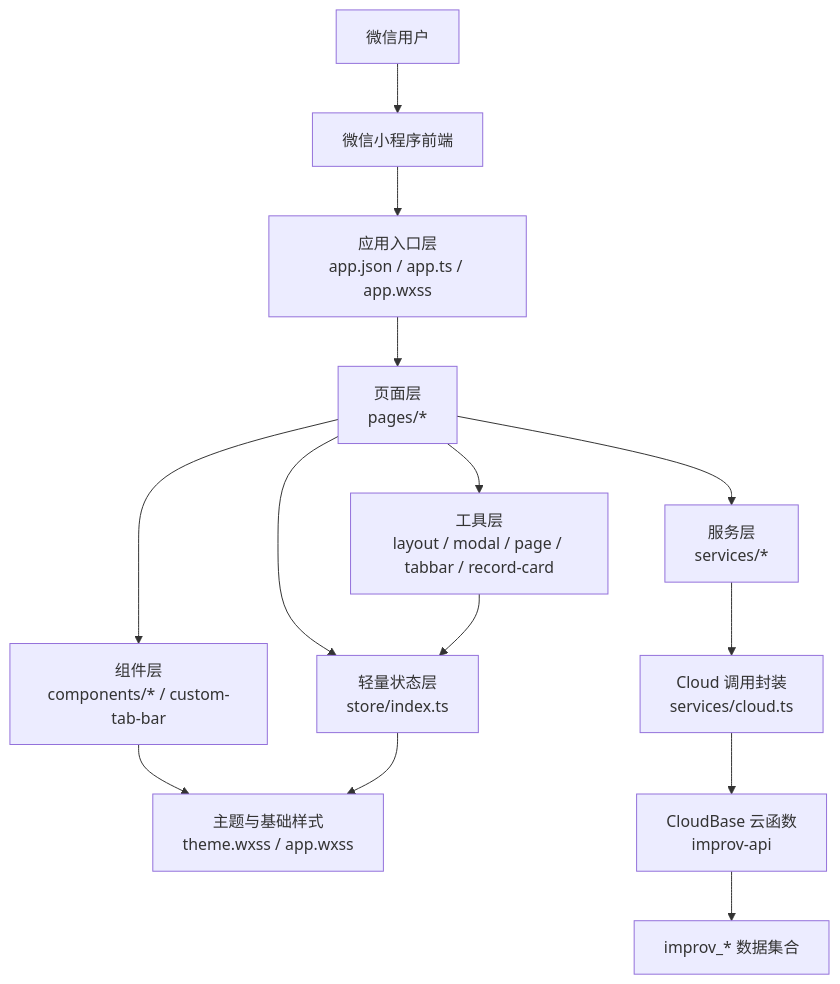
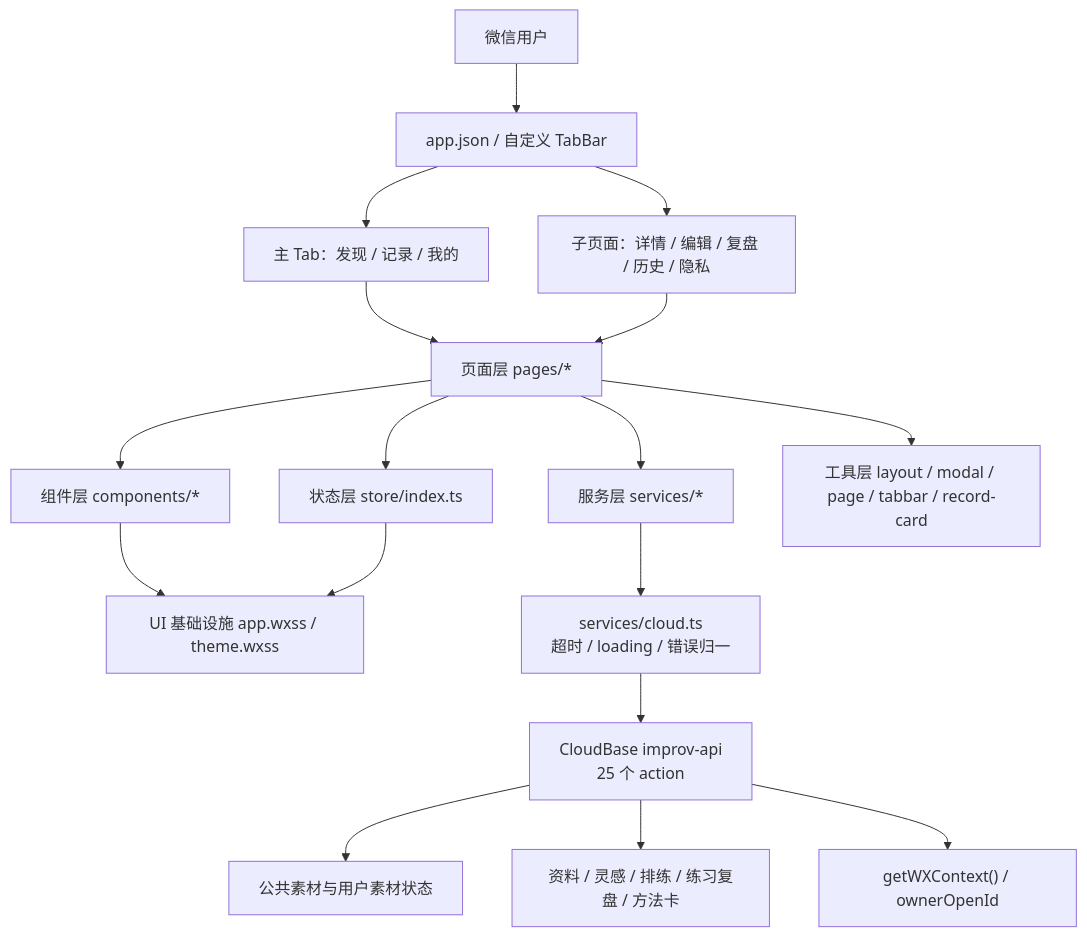
One commit to aishuohuadebenrenyi/MasterPiece changed the first of 2 diagrams in docs/ui-architecture-audit.md. Above: the diagram before and after it, drawn with Mermaid. The commit also changed other lines of this file and 129 other files, not shown here.

````diff
--- a/docs/ui-architecture-audit.md
+++ b/docs/ui-architecture-audit.md
@@ -35,19 +42,21 @@
 ```mermaid
 flowchart TB
-  User["微信用户"] --> MiniProgram["微信小程序前端"]
+  User["微信用户"] --> Router["app.json / 自定义 TabBar"]
+  Router --> Tabs["主 Tab：发现 / 记录 / 我的"]
+  Router --> Subpages["子页面：详情 / 编辑 / 复盘 / 历史 / 隐私"]
 
-  MiniProgram --> AppLayer["应用入口层\napp.json / app.ts / app.wxss"]
-  AppLayer --> PageLayer["页面层\npages/*"]
-  PageLayer --> ComponentLayer["组件层\ncomponents/* / custom-tab-bar"]
-  PageLayer --> Store["轻量状态层\nstore/index.ts"]
-  PageLayer --> Services["服务层\nservices/*"]
-  ComponentLayer --> Theme["主题与基础样式\ntheme.wxss / app.wxss"]
+  Tabs --> Pages["页面层 pages/*"]
+  Subpages --> Pages
+  Pages --> Components["组件层 components/*"]
+  Pages --> Store["状态层 store/index.ts"]
+  Pages --> Services["服务层 services/*"]
+  Pages --> Utils["工具层 layout / modal / page / tabbar / record-card"]
+  Components --> Theme["UI 基础设施 app.wxss / theme.wxss"]
   Store --> Theme
 
-  Services --> CloudWrap["Cloud 调用封装\nservices/cloud.ts"]
-  CloudWrap --> CloudFunction["CloudBase 云函数\nimprov-api"]
-  CloudFunction --> Collections["improv_* 数据集合"]
-
-  PageLayer --> Utils["工具层\nlayout / modal / page / tabbar / record-card"]
-  Utils --> Store
+  Services --> CloudWrap["services/cloud.ts\n超时 / loading / 错误归一"]
+  CloudWrap --> Function["CloudBase improv-api\n25 个 action"]
+  Function --> PublicData["公共素材与用户素材状态"]
+  Function --> PrivateData["资料 / 灵感 / 排练 / 练习复盘 / 方法卡"]
+  Function --> Identity["getWXContext() / ownerOpenId"]
 ```
````
